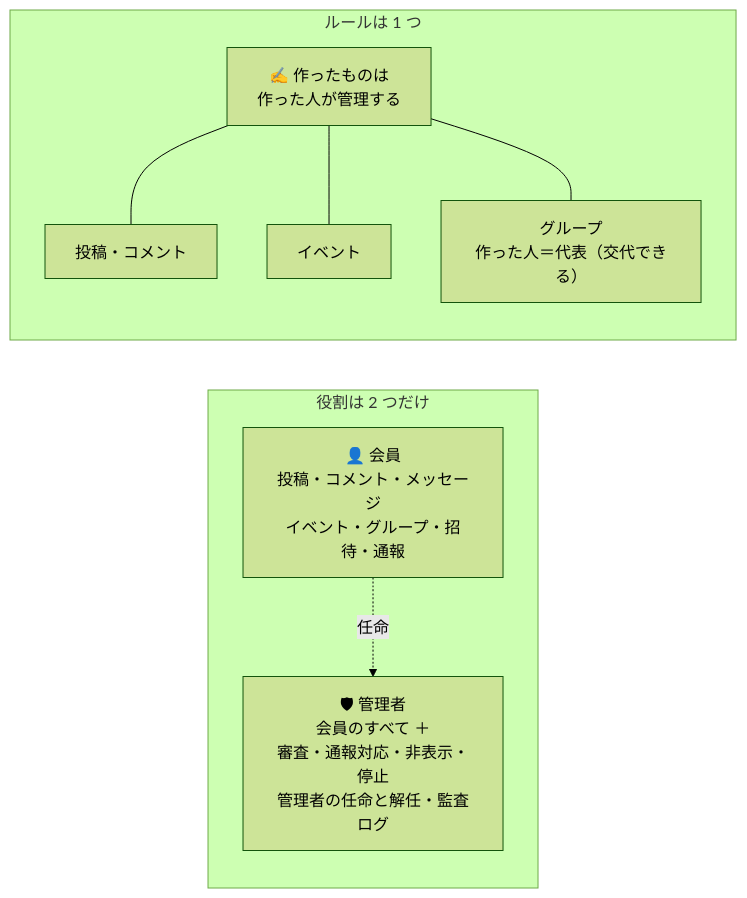
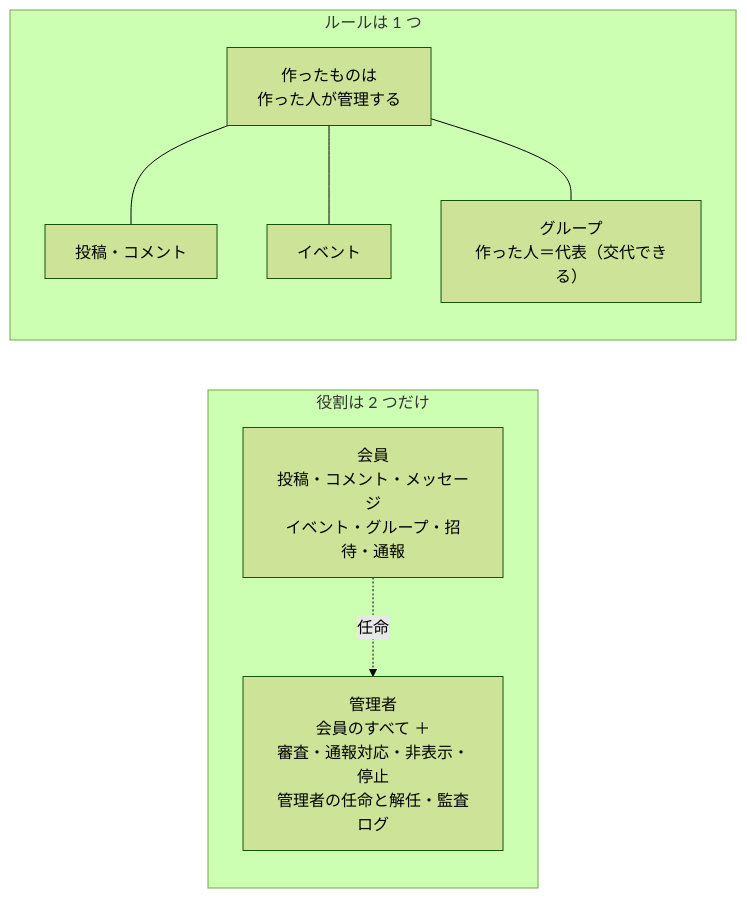
Before and after one commit to bright-broom/HeyHey: the fifth of 10 diagrams in README.md, drawn with Mermaid (forest theme). The commit also changed other lines of this file, not shown here.

````diff
--- a/README.md
+++ b/README.md
@@ -210,14 +210,14 @@
 ```mermaid
 flowchart LR
     subgraph Roles["役割は 2 つだけ"]
-        MEM["👤 会員<br/>投稿・コメント・メッセージ<br/>イベント・グループ・招待・通報"]
-        ADM["🛡 管理者<br/>会員のすべて ＋<br/>審査・通報対応・非表示・停止<br/>管理者の任命と解任・監査ログ"]
+        MEM["会員<br/>投稿・コメント・メッセージ<br/>イベント・グループ・招待・通報"]
+        ADM["管理者<br/>会員のすべて ＋<br/>審査・通報対応・非表示・停止<br/>管理者の任命と解任・監査ログ"]
         MEM -. "任命" .-> ADM
     end
     subgraph Rule["ルールは 1 つ"]
-        OWN["✍️ 作ったものは<br/>作った人が管理する"]
+        OWN["作ったものは<br/>作った人が管理する"]
         OWN --- P["投稿・コメント"]
         OWN --- E["イベント"]
         OWN --- GR["グループ<br/>作った人＝代表（交代できる）"]
     end
 ```
````
